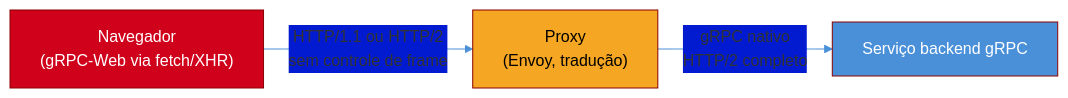
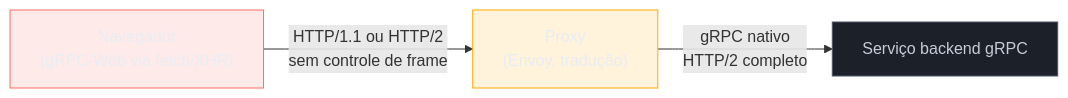
Before and after one commit to josenaldo/codex-technomanticus: the fourth of 4 diagrams in 03-Dominios/Engenharia/Comunicação entre Sistemas/2 - Comunicação síncrona/05 - gRPC — Protobuf, HTTP2 e streaming.md, drawn with Mermaid. The commit also changed other lines of this file and 1181 other files, not shown here.

First line of the commit message:
fix(diagramas): paleta do sistema no lugar de cor cravada no markdown

````diff
--- a/03-Dominios/Engenharia/Comunicação entre Sistemas/2 - Comunicação síncrona/05 - gRPC — Protobuf, HTTP2 e streaming.md
+++ b/03-Dominios/Engenharia/Comunicação entre Sistemas/2 - Comunicação síncrona/05 - gRPC — Protobuf, HTTP2 e streaming.md
@@ -219,9 +221,11 @@
 ```mermaid
-%%{init: {"theme": "base", "themeVariables": {"primaryColor": "#D0021B", "primaryBorderColor": "#8A0000", "lineColor": "#4A90D9"}}}%%
 graph LR
+    classDef falha fill:#FF6B6B24,stroke:#FF6B6B,color:#E9ECF2
+    classDef destaque fill:#FFAA0024,stroke:#FFAA00,color:#E9ECF2
+    classDef neutro fill:#1B2029,stroke:#4E5666,color:#C6CCD8
     Browser["Navegador<br/>(gRPC-Web via fetch/XHR)"] -->|"HTTP/1.1 ou HTTP/2<br/>sem controle de frame"| Proxy["Proxy<br/>(Envoy, tradução)"]
     Proxy -->|"gRPC nativo<br/>HTTP/2 completo"| Backend["Serviço backend gRPC"]
-    style Browser fill:#D0021B,color:#fff
-    style Proxy fill:#F5A623,color:#000
-    style Backend fill:#4A90D9,color:#fff
+    class Browser falha
+    class Proxy destaque
+    class Backend neutro
 ```
````
